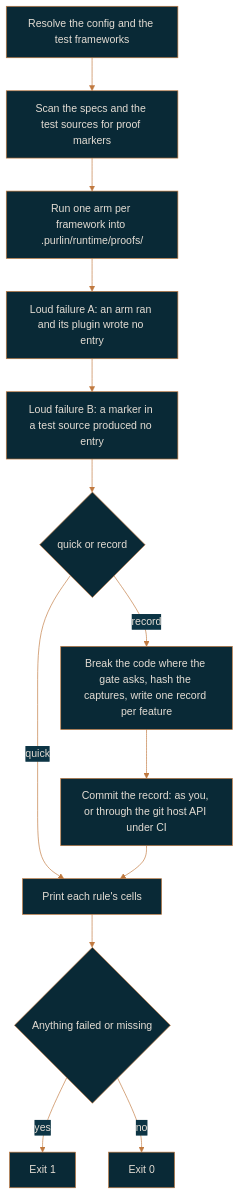
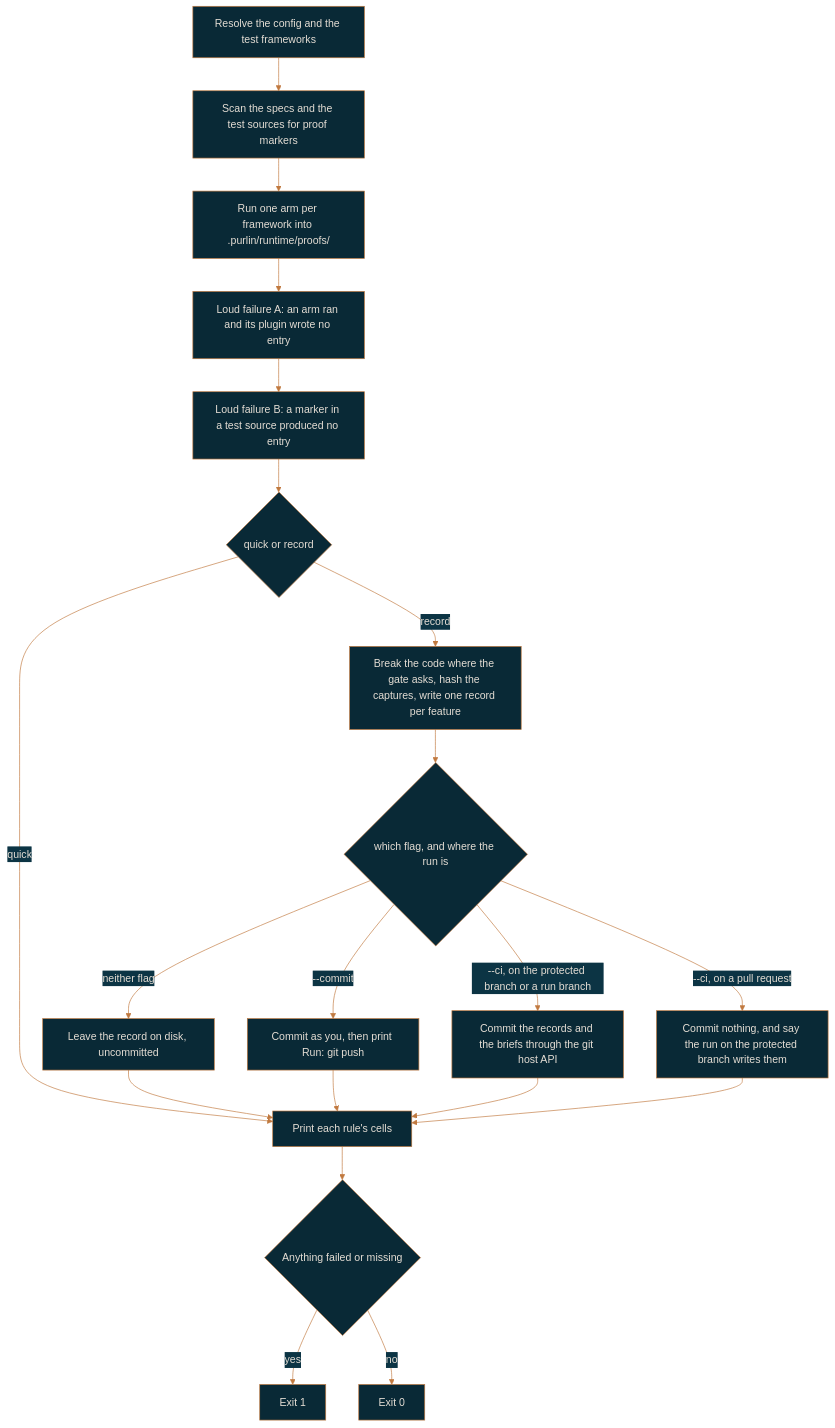
One commit to rlabarca/purlin changed the diagram in docs/running-and-records.md. Above: the diagram before and after it, drawn with Mermaid. The commit also changed other lines of this file and 2 other files, not shown here.

````diff
--- a/docs/running-and-records.md
+++ b/docs/running-and-records.md
@@ -58,16 +58,23 @@
 ```mermaid
 %%{init: {"theme": "base", "themeVariables": {"background": "#0C3444", "primaryColor": "#092936", "primaryTextColor": "#E4DDD4", "primaryBorderColor": "#C0793F", "lineColor": "#C0793F", "secondaryColor": "#0C3444", "tertiaryColor": "#092936", "fontFamily": "Arial", "textColor": "#E4DDD4"}}}%%
 flowchart TD
   A[Resolve the config and the test frameworks] --> B[Scan the specs and the test sources for proof markers]
   B --> C[Run one arm per framework into .purlin/runtime/proofs/]
   C --> D[Loud failure A: an arm ran and its plugin wrote no entry]
   D --> E[Loud failure B: a marker in a test source produced no entry]
   E --> F{quick or record}
   F -- quick --> G[Print each rule's cells]
   F -- record --> H[Break the code where the gate asks, hash the captures, write one record per feature]
-  H --> I[Commit the record: as you, or through the git host API under CI]
-  I --> G
+  H --> Ci{"which flag, and where the run is"}
+  Ci -->|"neither flag"| I0["Leave the record on disk, uncommitted"]
+  Ci -->|"--commit"| I1["Commit as you, then print Run: git push"]
+  Ci -->|"--ci, on the protected branch or a run branch"| I2["Commit the records and the briefs through the git host API"]
+  Ci -->|"--ci, on a pull request"| I3["Commit nothing, and say the run on the protected branch writes them"]
+  I0 --> G
+  I1 --> G
+  I2 --> G
+  I3 --> G
   G --> J{Anything failed or missing}
   J -- yes --> K[Exit 1]
   J -- no --> L[Exit 0]
 ```
````
